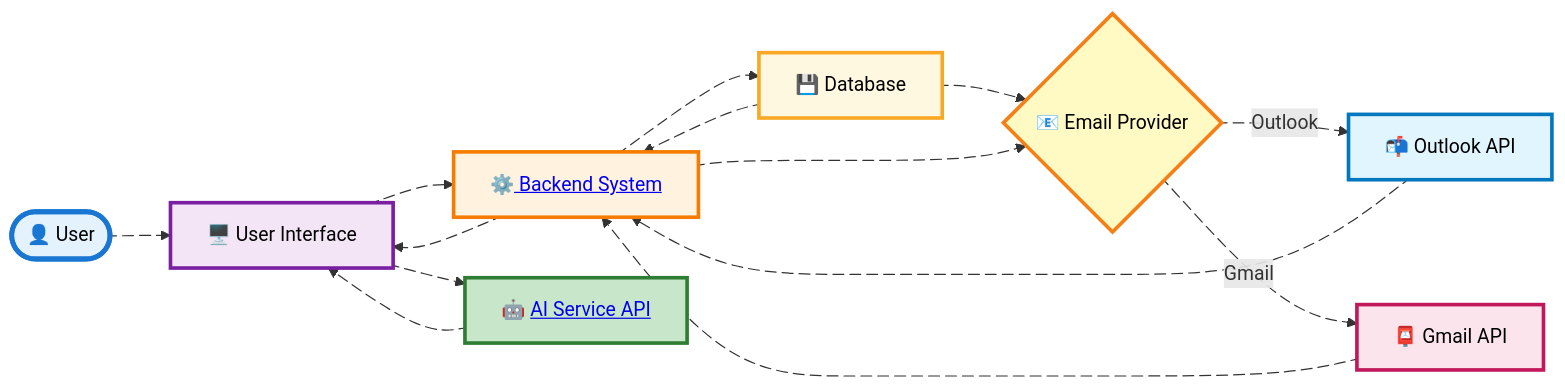
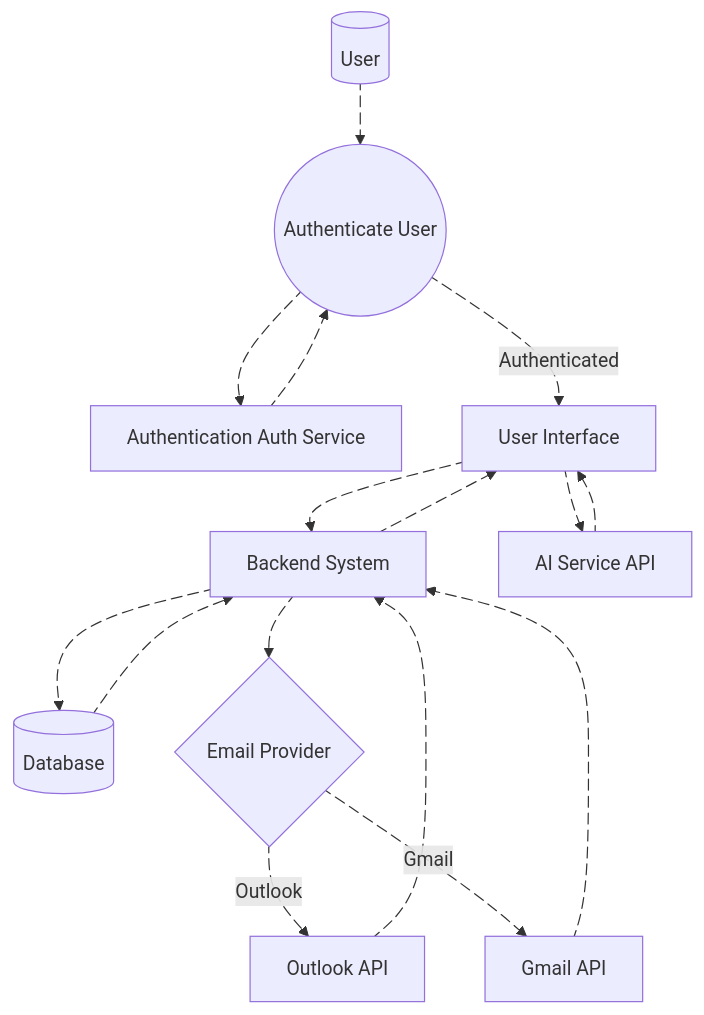
One commit to Harshita-capsitech/EmailDocs changed the first of 3 diagrams in Emails/Overview.md. Above: the diagram before and after it, drawn with Mermaid. The commit also changed other lines of this file, not shown here.

````diff
--- a/Emails/Overview.md
+++ b/Emails/Overview.md
@@ -25,39 +25,61 @@
 ```mermaid
-flowchart LR
-    A([👤 User]) edge1@--> B[🖥️ User Interface]
-    B edge2@--> C["⚙️<a href='https://apiuat.actingoffice.com/api-docs/index.html'> Backend System</a>"]
-    C edge3@--> H["💾 Database"]
-    H edge4@--> C
-    H edge5@--> D{📧 Email Provider}
-    C edge6@--> D
-    D edge7@-->|Outlook| E["📬 Outlook API"]
-    D edge8@-->|Gmail| F["📮 Gmail API"]
-    E edge9@--> C
-    F edge10@--> C
-    C edge11@--> B
-    B edge12@--> G["🤖 <a href='https://ai.servicesuat.actingoffice.com/swagger/?urls.primaryName=Acting+Office+-+Convomail#/default/suggest_suggest_post'> AI Service API</a>"]
-    G edge13@--> B
-    
-    edge1@{ animate: fast }
-    edge2@{ animate: fast }
-    edge3@{ animate: fast }
-    edge4@{ animate: fast }
-    edge5@{ animate: fast }
-    edge6@{ animate: fast }
-    edge7@{ animate: fast }
-    edge8@{ animate: fast }
-    edge9@{ animate: fast }
-    edge10@{ animate: fast }
-    edge11@{ animate: fast }
-    edge12@{ animate: fast }
-    edge13@{ animate: fast }
-    
-    style A fill:#e3f2fd,stroke:#1976d2,stroke-width:4px,color:#000
-    style B fill:#f3e5f5,stroke:#7b1fa2,stroke-width:3px,color:#000
-    style C fill:#fff3e0,stroke:#f57c00,stroke-width:3px,color:#000
-    style D fill:#fff9c4,stroke:#f57f17,stroke-width:3px,color:#000
-    style E fill:#e1f5fe,stroke:#0277bd,stroke-width:3px,color:#000
-    style F fill:#fce4ec,stroke:#c2185b,stroke-width:3px,color:#000
-    style G fill:#c8e6c9,stroke:#2e7d32,stroke-width:3px,color:#000
-    style H fill:#fff8e1,stroke:#f9a825,stroke-width:3px,color:#000
+flowchart TD
+%% External Entity
+User[(User)]
+
+%% Authentication
+P1((Authenticate User))
+AuthService[Authentication Auth Service]
+
+%% Core System
+UI[User Interface]
+Backend["Backend System"]
+DB[(Database)]
+
+%% Email Providers
+EmailProvider{Email Provider}
+Outlook["Outlook API"]
+Gmail["Gmail API"]
+
+%% AI
+AI["AI Service API"]
+
+%% Flow
+User edge1@--> P1
+P1 edge2@--> AuthService
+AuthService edge3@--> P1
+P1 edge4@-->|Authenticated| UI
+
+UI edge5@--> Backend
+Backend edge6@--> DB
+DB edge7@--> Backend
+
+Backend edge8@--> EmailProvider
+EmailProvider edge9@-->|Outlook| Outlook
+EmailProvider edge10@-->|Gmail| Gmail
+Outlook edge11@--> Backend
+Gmail edge12@--> Backend
+
+Backend edge13@--> UI
+UI edge14@--> AI
+AI edge15@--> UI
+
+%% Animations
+edge1@{ animation: fast }
+edge2@{ animation: fast }
+edge3@{ animation: fast }
+edge4@{ animation: fast }
+edge5@{ animation: fast }
+edge6@{ animation: fast }
+edge7@{ animation: fast }
+edge8@{ animation: fast }
+edge9@{ animation: fast }
+edge10@{ animation: fast }
+edge11@{ animation: fast }
+edge12@{ animation: fast }
+edge13@{ animation: fast }
+edge14@{ animation: fast }
+edge15@{ animation: fast }
+
+
 ```
````
